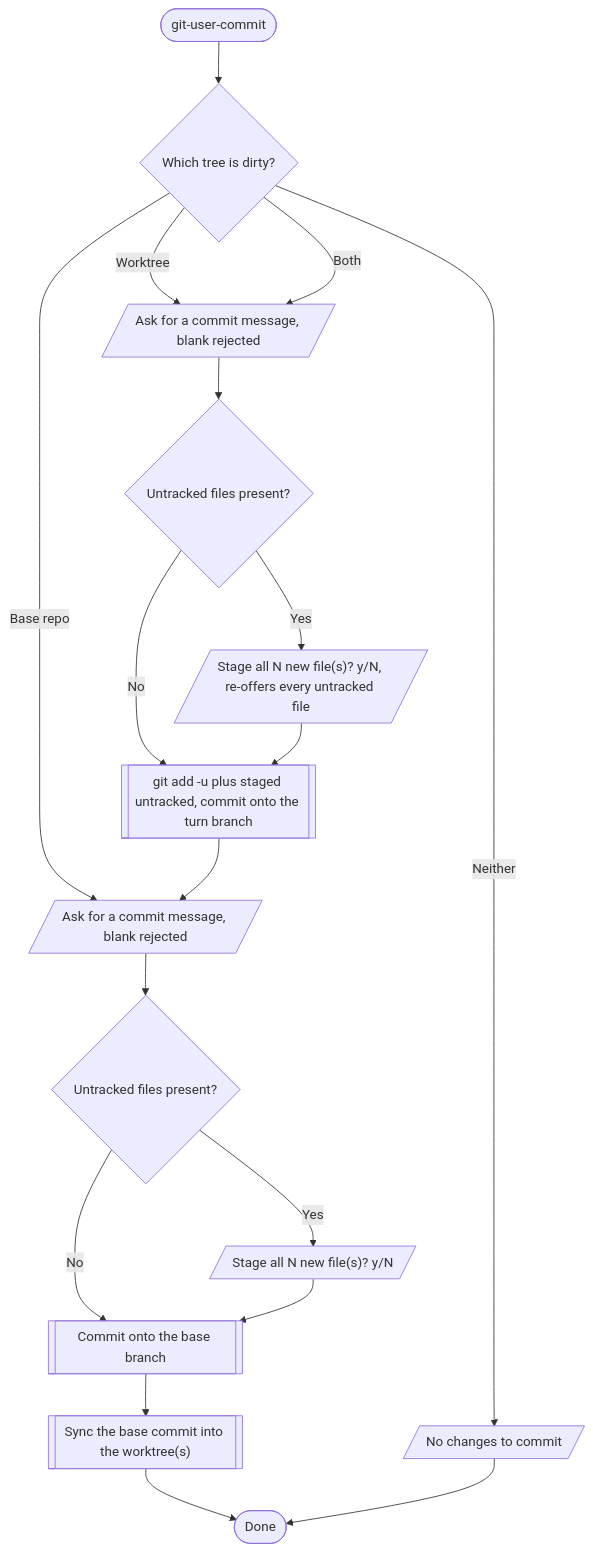
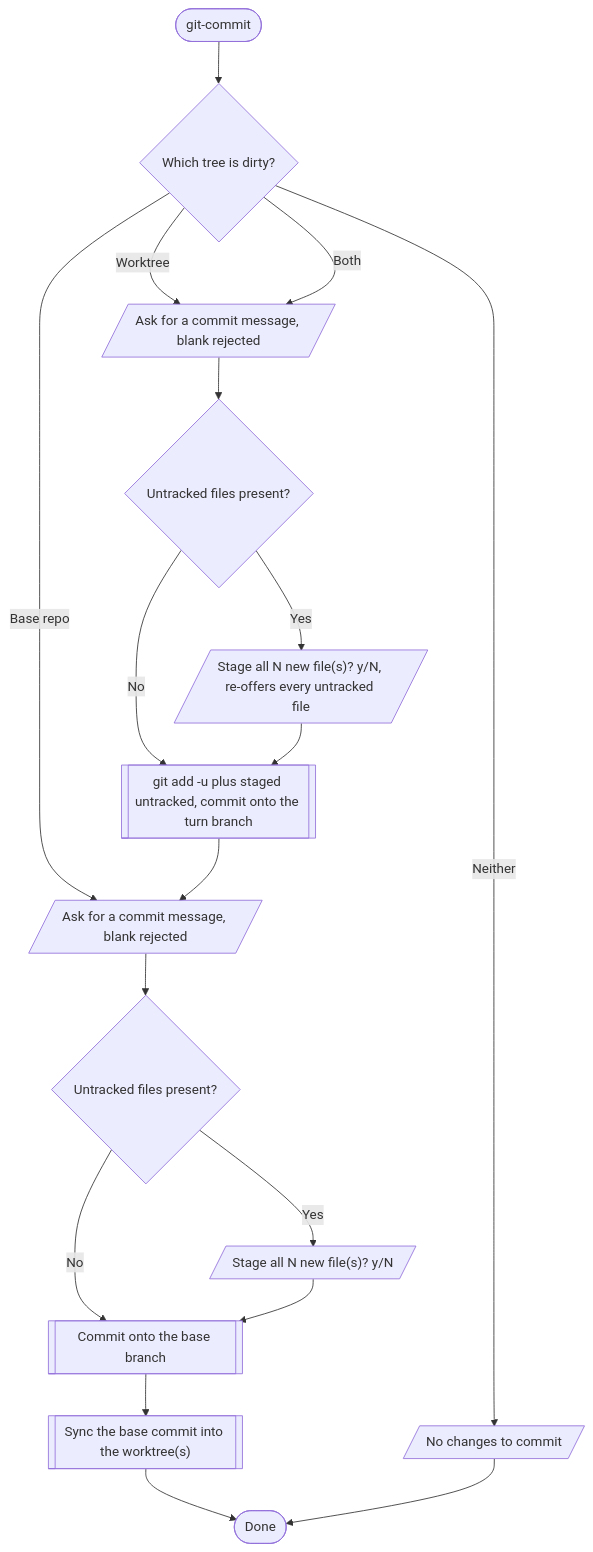
One commit to core-aix/agitrack changed the tenth of 16 diagrams in docs/user-flow.md. Above: the diagram before and after it, drawn with Mermaid. The commit also changed other lines of this file and 6 other files, not shown here.

````diff
--- a/docs/user-flow.md
+++ b/docs/user-flow.md
@@ -363,22 +429,22 @@
 ```mermaid
 flowchart TD
-  start(["git-user-commit"]) --> where{"Which tree is dirty?"}
+  start(["git-commit"]) --> where{"Which tree is dirty?"}
   where -->|Worktree| wmsg[/"Ask for a commit message, blank rejected"/]
   where -->|Base repo| bmsg[/"Ask for a commit message, blank rejected"/]
   where -->|Both| wmsg
   where -->|Neither| none[/"No changes to commit"/]
 
   wmsg --> wuntracked{"Untracked files present?"}
   wuntracked -->|Yes| wstage[/"Stage all N new file(s)? y/N, re-offers every untracked file"/]
   wuntracked -->|No| wdo
   wstage --> wdo[["git add -u plus staged untracked, commit onto the turn branch"]]
   wdo --> bmsg
 
   bmsg --> buntracked{"Untracked files present?"}
   buntracked -->|Yes| bstage[/"Stage all N new file(s)? y/N"/]
   buntracked -->|No| bdo
   bstage --> bdo[["Commit onto the base branch"]]
   bdo --> bsync[["Sync the base commit into the worktree(s)"]]
   bsync --> done(["Done"])
   none --> done
 ```
````
